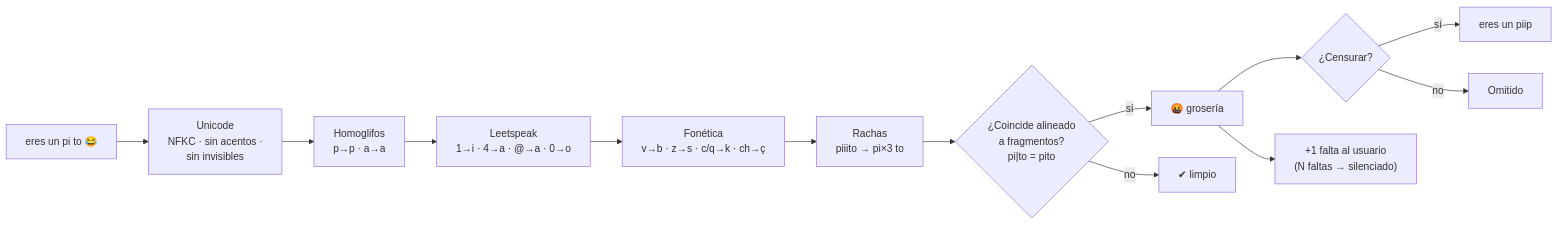
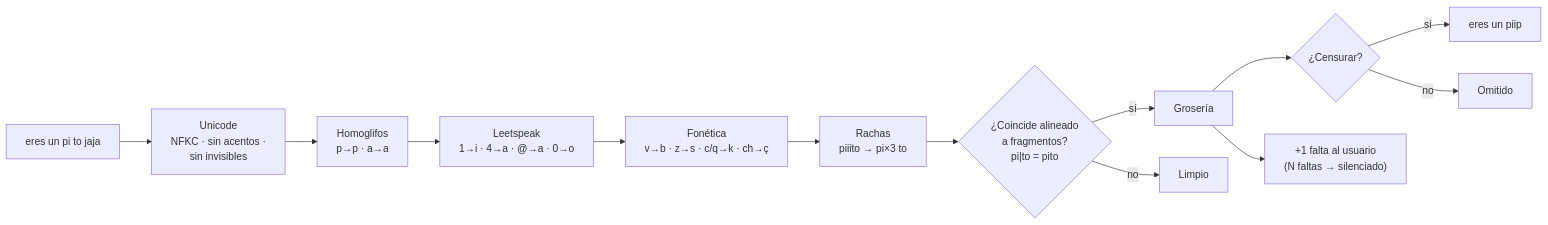
The first of 6 diagrams in README.md (Bryan-Herrera-DEV/tikvoz), drawn with Mermaid before and after one commit. The commit also changed other lines of this file, not shown here.

Commit message:
docs(readme): estilo sobrio, sin emojis decorativos

````diff
--- a/README.md
+++ b/README.md
@@ -179,15 +179,15 @@
 ```mermaid
 flowchart LR
-    A["eres un pi to 😂"] --> B["Unicode<br/>NFKC · sin acentos ·<br/>sin invisibles"]
+    A["eres un pi to jaja"] --> B["Unicode<br/>NFKC · sin acentos ·<br/>sin invisibles"]
     B --> C["Homoglifos<br/>р→p · а→a"]
     C --> D["Leetspeak<br/>1→i · 4→a · @→a · 0→o"]
     D --> E["Fonética<br/>v→b · z→s · c/q→k · ch→ç"]
     E --> F["Rachas<br/>piiito → pi×3 to"]
     F --> G{"¿Coincide alineado<br/>a fragmentos?<br/>pi|to = pito"}
-    G -- sí --> H["🤬 grosería"]
-    G -- no --> I["✔ limpio"]
+    G -- sí --> H["Grosería"]
+    G -- no --> I["Limpio"]
     H --> J{"¿Censurar?"}
     J -- sí --> K["eres un piip"]
     J -- no --> L["Omitido"]
     H --> M["+1 falta al usuario<br/>(N faltas → silenciado)"]
 ```
````
